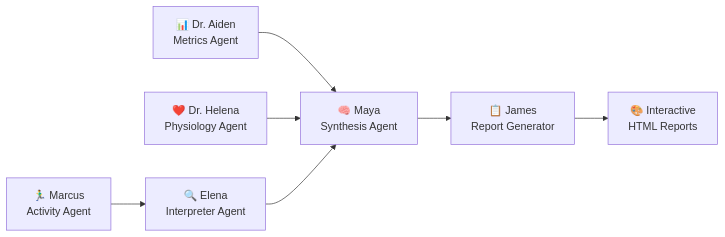
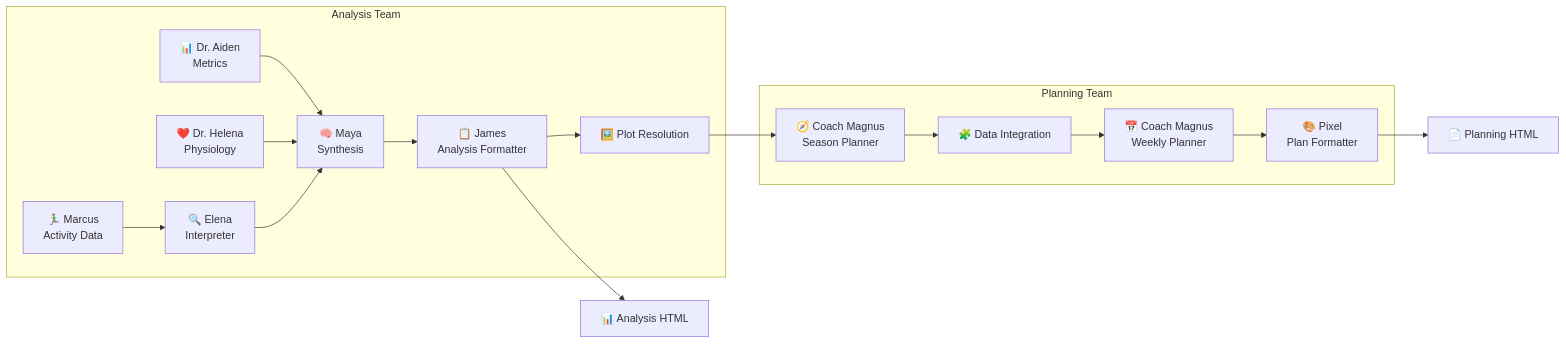
One commit to leonzzz435/garmin-ai-coach changed the diagram in README.md. Above: the diagram before and after it, drawn with Mermaid. The commit also changed other lines of this file and 3 other files, not shown here.

````diff
--- a/README.md
+++ b/README.md
@@ -28,9 +28,21 @@
 ```mermaid
 flowchart LR
-    A[📊 Dr. Aiden<br/>Metrics Agent] --> E[🧠 Maya<br/>Synthesis Agent]
-    B[🏃‍♂️ Marcus<br/>Activity Agent] --> C[🔍 Elena<br/>Interpreter Agent]  
-    D[❤️ Dr. Helena<br/>Physiology Agent] --> E
-    C --> E
-    E --> F[📋 James<br/>Report Generator]
-    F --> G[🎨 Interactive<br/>HTML Reports]
+    subgraph Analysis Team
+        A[📊 Dr. Aiden<br/>Metrics] --> E[🧠 Maya<br/>Synthesis]
+        B[🏃‍♂️ Marcus<br/>Activity Data] --> C[🔍 Elena<br/>Interpreter]
+        D[❤️ Dr. Helena<br/>Physiology] --> E
+        C --> E
+        E --> F[📋 James<br/>Analysis Formatter]
+        F --> PR[🖼️ Plot Resolution]
+    end
+
+    subgraph Planning Team
+        S[🧭 Coach Magnus<br/>Season Planner] --> DI[🧩 Data Integration]
+        DI --> W[📅 Coach Magnus<br/>Weekly Planner]
+        W --> PXF[🎨 Pixel<br/>Plan Formatter]
+    end
+
+    F --> G1[📊 Analysis HTML]
+    PR --> S
+    PXF --> G2[📄 Planning HTML]
 ```
````
